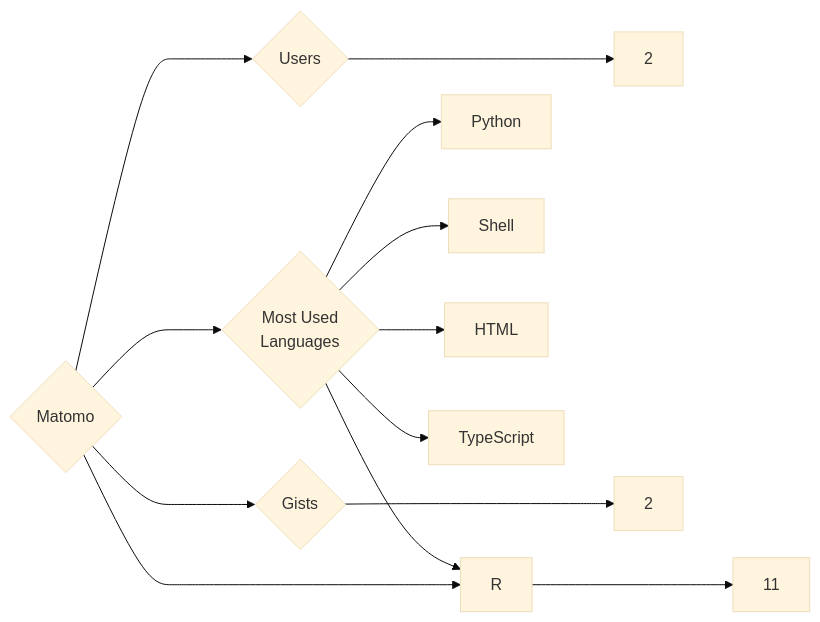
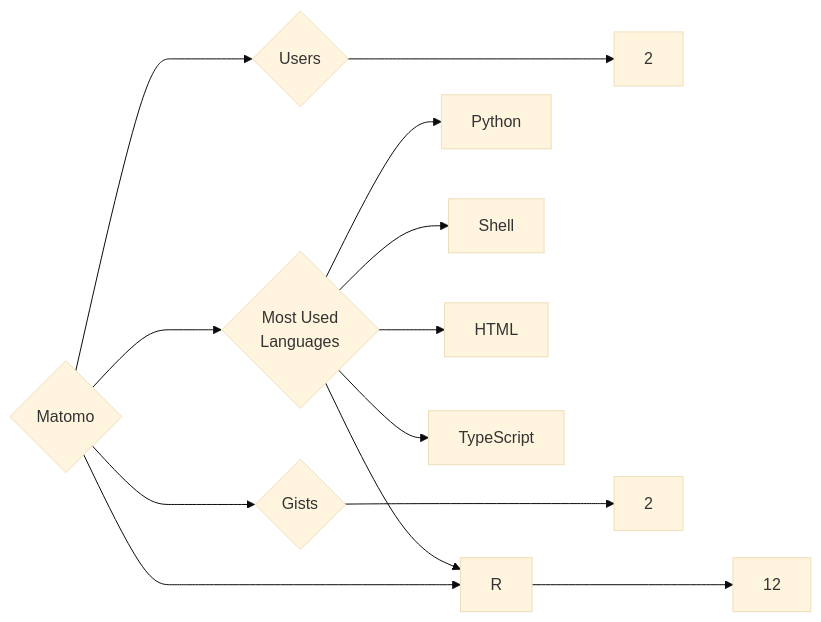
Before and after one commit to trickest/insiders: the diagram in targets/Matomo/README.md, drawn with Mermaid (base theme). The commit also changed 770 other files, not shown here.

````diff
--- a/targets/Matomo/README.md
+++ b/targets/Matomo/README.md
@@ -3,13 +3,13 @@
 ```mermaid
 graph LR
 COMPANY_NAME{Matomo}
 COMPANY_NAME ---> U{Users} ---> UN[2]
-COMPANY_NAME ---> R{Repositories} ---> RN[11]
+COMPANY_NAME ---> R{Repositories} ---> RN[12]
 COMPANY_NAME ---> G{Gists} ---> GN[2]
 COMPANY_NAME ---> ML{Most Used<br>Languages}
 ML --> Python[Python]
 ML --> Shell[Shell]
 ML --> HTML[HTML]
 ML --> TypeScript[TypeScript]
 ML --> R[R]
 ```
````
